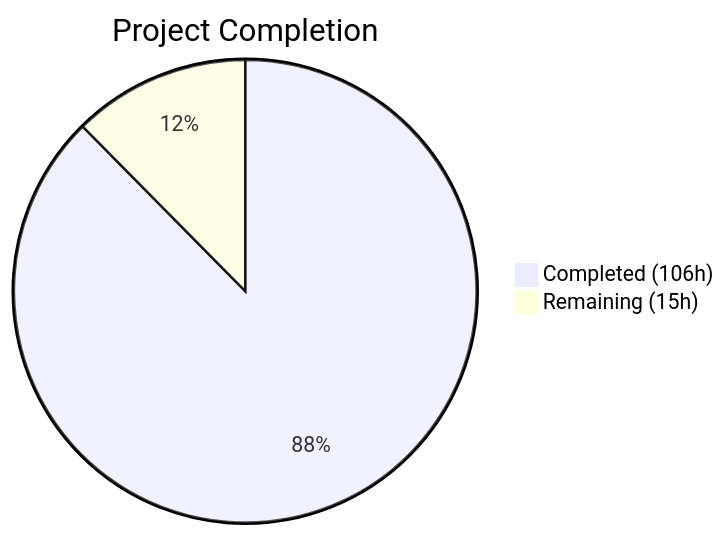
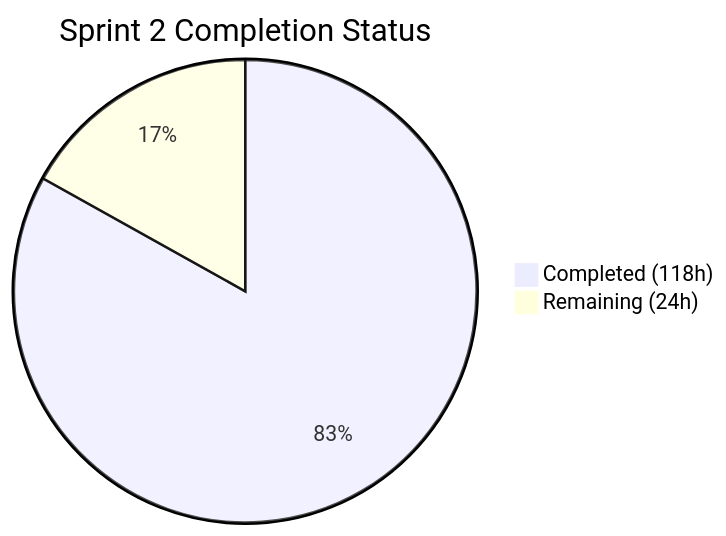
Before and after one commit to Blitzy-Sandbox/blitzy-cal: the first of 2 diagrams in blitzy/documentation/Project Guide.md, drawn with Mermaid. The commit also changed other lines of this file, not shown here.

Commit message:
Adding Blitzy Project Guide: Project Status and Human Tasks Remaining

````diff
--- a/blitzy/documentation/Project Guide.md
+++ b/blitzy/documentation/Project Guide.md
@@ -13,5 +13,5 @@
 ```mermaid
-pie title Project Completion
-    "Completed (106h)" : 106
-    "Remaining (15h)" : 15
+pie title Sprint 2 Completion Status
+    "Completed (118h)" : 118
+    "Remaining (24h)" : 24
 ```
````
